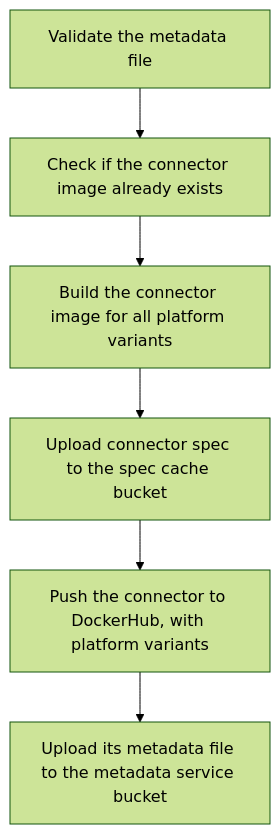
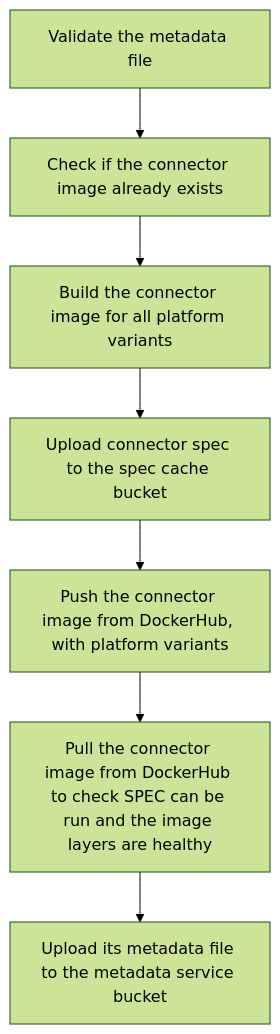
The fourth of 5 diagrams in tools/ci_connector_ops/ci_connector_ops/pipelines/README.md (airbytehq/airbyte), drawn with Mermaid (forest theme) before and after one commit. The commit also changed other lines of this file, not shown here.

````diff
--- a/tools/ci_connector_ops/ci_connector_ops/pipelines/README.md
+++ b/tools/ci_connector_ops/ci_connector_ops/pipelines/README.md
@@ -211,11 +214,12 @@
 ```mermaid
 flowchart TD
     validate[Validate the metadata file]
     check[Check if the connector image already exists]
     build[Build the connector image for all platform variants]
     upload_spec[Upload connector spec to the spec cache bucket]
-    push[Push the connector to DockerHub, with platform variants]
+    push[Push the connector image from DockerHub, with platform variants]
+    pull[Pull the connector image from DockerHub to check SPEC can be run and the image layers are healthy]
     upload_metadata[Upload its metadata file to the metadata service bucket]
 
-    validate-->check-->build-->upload_spec-->push-->upload_metadata
+    validate-->check-->build-->upload_spec-->push-->pull-->upload_metadata
 ```
````
